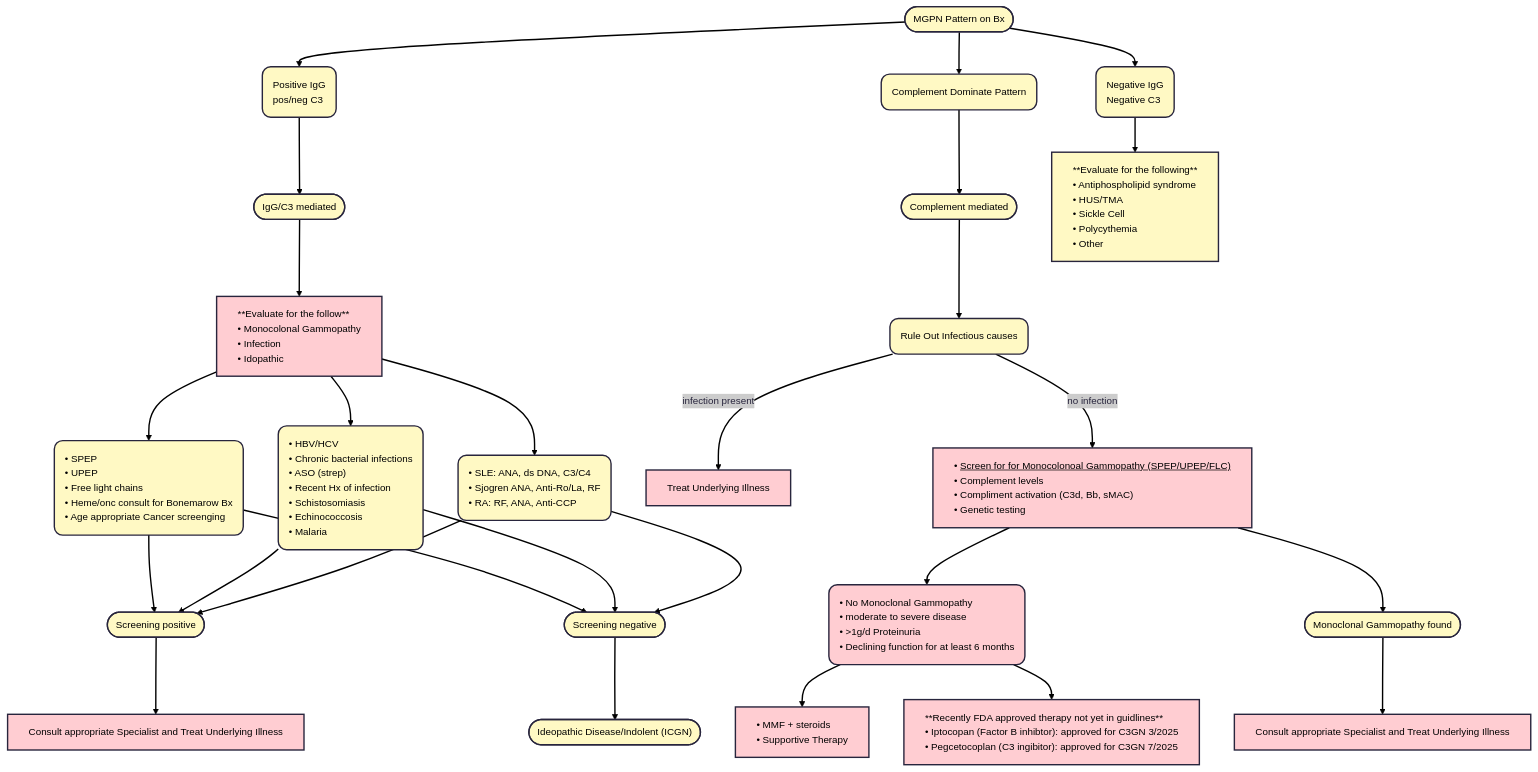
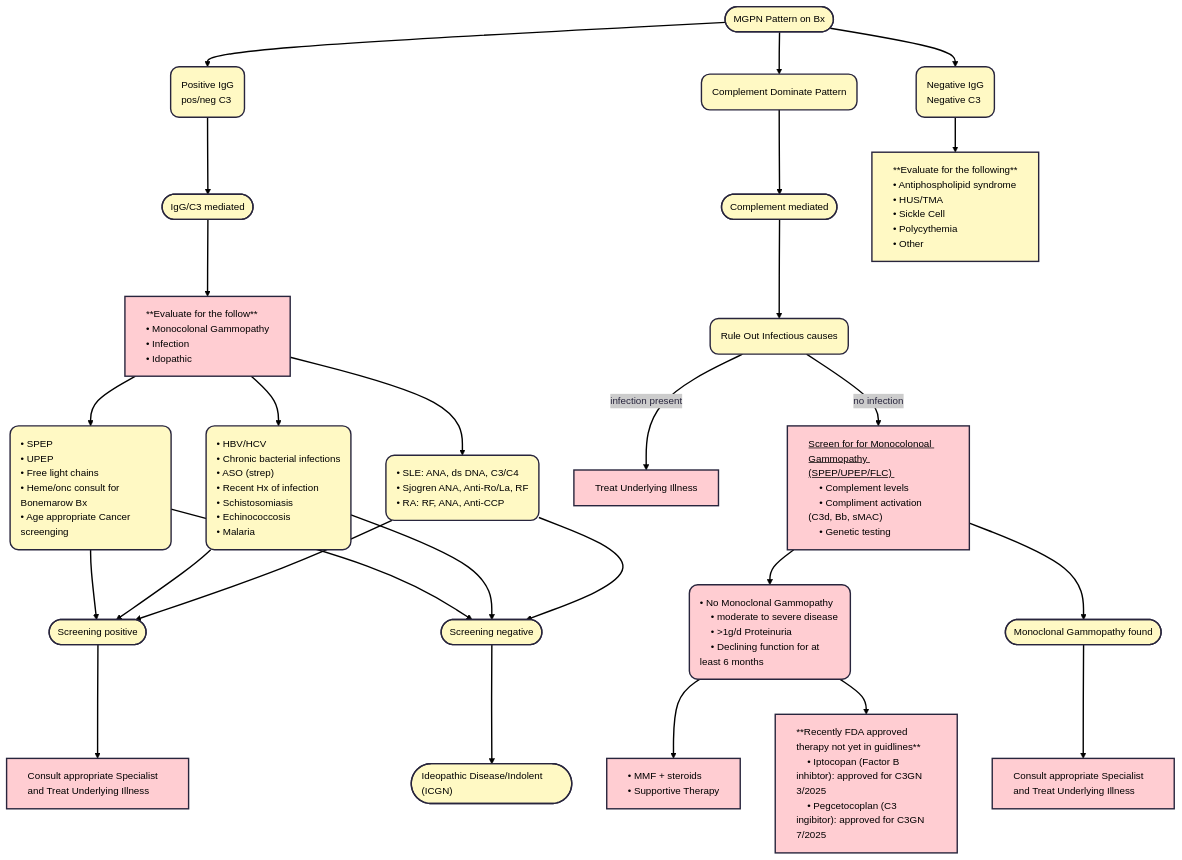
Before and after one commit to TTUNEPH2025/GN: the first of 2 diagrams in docs/MPGN-C3GN.md, drawn with Mermaid.

````diff
--- a/docs/MPGN-C3GN.md
+++ b/docs/MPGN-C3GN.md
@@ -115,7 +115,7 @@
     • Sjogren ANA, Anti-Ro/La, RF
     • RA: RF, ANA, Anti-CCP"]
     n8 -- infection present --> n23["Treat Underlying Illness"]
-    n8 -- no infection --> n24["• <ins>Screen for for Monocolonoal Gammopathy (SPEP/UPEP/FLC) </ins>
+    n8 -- no infection --> n24["<ins>Screen for for Monocolonoal Gammopathy (SPEP/UPEP/FLC) </ins>
     • Complement levels
     • Compliment activation (C3d, Bb, sMAC)
     • Genetic testing"]
@@ -141,27 +141,27 @@
     n11@{ shape: rounded}
     n12@{ shape: rounded}
     n30@{ shape: rounded}
-    style A color:#000000,fill:#FFF9C4,text-align:left,white-space:nowrap
-    style n1 color:#000000,fill:#FFF9C4,text-align:left,white-space:nowrap
-    style n2 color:#000000,fill:#FFF9C4,text-align:left,white-space:nowrap
-    style n3 color:#000000,fill:#FFF9C4,text-align:left,white-space:nowrap
-    style n4 color:#000000,fill:#FFF9C4,text-align:left,white-space:nowrap
-    style n6 color:#000000,fill:#FFF9C4,text-align:left,white-space:nowrap
-    style n7 color:#000000,fill:#FFF9C4,text-align:left,white-space:nowrap
-    style n8 color:#000000,fill:#FFF9C4,text-align:left,white-space:nowrap
-    style n9 fill:#FFCDD2,color:#000000,text-align:left,white-space:nowrap
-    style n10 color:#000000,fill:#FFF9C4,text-align:left,white-space:nowrap
-    style n11 color:#000000,fill:#FFF9C4,text-align:left,white-space:nowrap
-    style n12 color:#000000,fill:#FFF9C4,text-align:left,white-space:nowrap
-    style n23 fill:#FFCDD2,color:#000000,text-align:left,white-space:nowrap
-    style n24 fill:#FFCDD2,color:#000000,text-align:left,white-space:nowrap
-    style n17 color:#000000,fill:#FFF9C4,text-align:left,white-space:nowrap
-    style n20 color:#000000,fill:#FFF9C4,text-align:left,white-space:nowrap
-    style n21 fill:#FFCDD2,color:#000000,text-align:left,white-space:nowrap
-    style n22 color:#000000,fill:#FFF9C4,text-align:left,white-space:nowrap
-    style n30 fill:#FFCDD2,color:#000000,text-align:left,white-space:nowrap
-    style n31 color:#000000,fill:#FFF9C4,text-align:left,white-space:nowrap
-    style n32 fill:#FFCDD2,color:#000000,text-align:left,white-space:nowrap
-    style n33 fill:#FFCDD2,color:#000000,text-align:left,white-space:nowrap
-    style n34 fill:#FFCDD2,color:#000000,text-align:left,white-space:nowrap
+    style A color:#000000,fill:#FFF9C4,text-align:left
+    style n1 color:#000000,fill:#FFF9C4,text-align:left
+    style n2 color:#000000,fill:#FFF9C4,text-align:left
+    style n3 color:#000000,fill:#FFF9C4,text-align:left
+    style n4 color:#000000,fill:#FFF9C4,text-align:left
+    style n6 color:#000000,fill:#FFF9C4,text-align:left
+    style n7 color:#000000,fill:#FFF9C4,text-align:left
+    style n8 color:#000000,fill:#FFF9C4,text-align:left
+    style n9 fill:#FFCDD2,color:#000000,text-align:left
+    style n10 color:#000000,fill:#FFF9C4,text-align:left
+    style n11 color:#000000,fill:#FFF9C4,text-align:left
+    style n12 color:#000000,fill:#FFF9C4,text-align:left
+    style n23 fill:#FFCDD2,color:#000000,text-align:left
+    style n24 fill:#FFCDD2,color:#000000,text-align:left
+    style n17 color:#000000,fill:#FFF9C4,text-align:left
+    style n20 color:#000000,fill:#FFF9C4,text-align:left
+    style n21 fill:#FFCDD2,color:#000000,text-align:left
+    style n22 color:#000000,fill:#FFF9C4,text-align:left
+    style n30 fill:#FFCDD2,color:#000000,text-align:left
+    style n31 color:#000000,fill:#FFF9C4,text-align:left
+    style n32 fill:#FFCDD2,color:#000000,text-align:left
+    style n33 fill:#FFCDD2,color:#000000,text-align:left
+    style n34 fill:#FFCDD2,color:#000000,text-align:left
 ```
````
